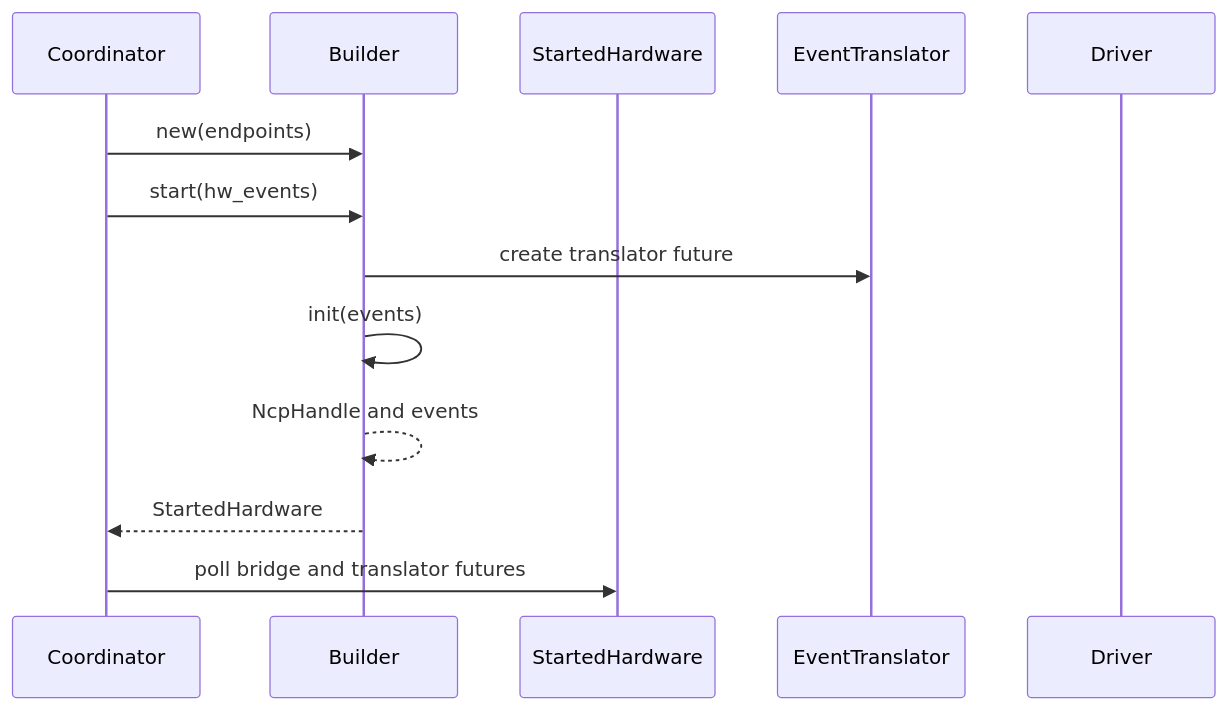
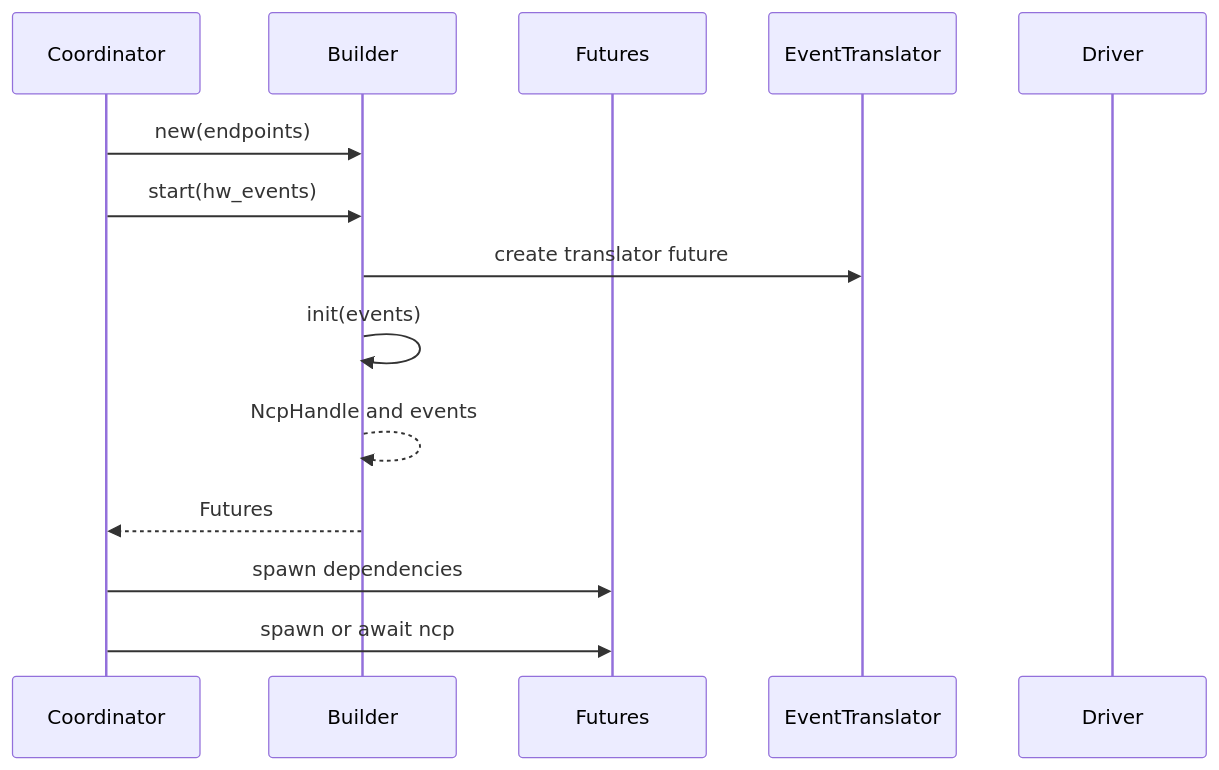
Before and after one commit to PaulmannLighting/apis-saltans: the second of 4 diagrams in hw/ARCHITECTURE.md, drawn with Mermaid. The commit also changed other lines of this file and 3 other files, not shown here.

````diff
--- a/hw/ARCHITECTURE.md
+++ b/hw/ARCHITECTURE.md
@@ -164,16 +164,17 @@
 ```mermaid
 sequenceDiagram
     participant C as Coordinator;
     participant B as Builder;
-    participant S as StartedHardware;
+    participant F as Futures;
     participant T as EventTranslator;
     participant D as Driver;
 
     C->>B: new(endpoints);
     C->>B: start(hw_events);
     B->>T: create translator future;
     B->>B: init(events);
     B-->>B: NcpHandle and events;
-    B-->>C: StartedHardware;
-    C->>S: poll bridge and translator futures;
+    B-->>C: Futures;
+    C->>F: spawn dependencies;
+    C->>F: spawn or await ncp;
 ```
````
